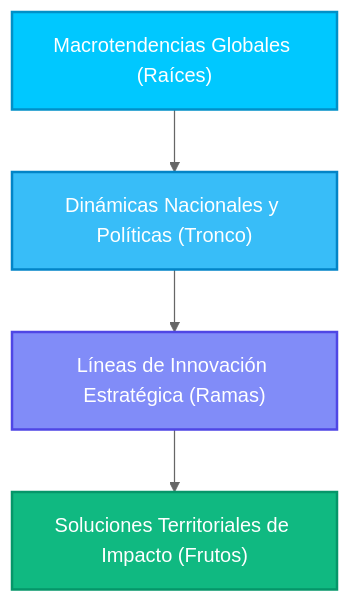
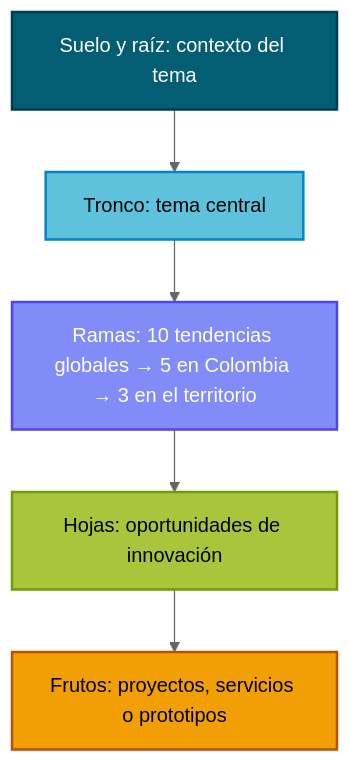
One commit to nataliaperez-del/laboratorio-digital-innovacion changed the first of 3 diagrams in DOCUMENTO_MAESTRO_CONSOLIDADO.md. Above: the diagram before and after it, drawn with Mermaid (neutral theme). The commit also changed other lines of this file and 2 other files, not shown here.

````diff
--- a/DOCUMENTO_MAESTRO_CONSOLIDADO.md
+++ b/DOCUMENTO_MAESTRO_CONSOLIDADO.md
@@ -86,10 +127,12 @@
 ```mermaid
 graph TD
-    A["Macrotendencias Globales (Raíces)"] --> B["Dinámicas Nacionales y Políticas (Tronco)"]
-    B --> C["Líneas de Innovación Estratégica (Ramas)"]
-    C --> D["Soluciones Territoriales de Impacto (Frutos)"]
-    style A fill:#00C8FF,stroke:#0090C8,stroke-width:2px,color:#fff
-    style B fill:#38BDF8,stroke:#0284C7,stroke-width:2px,color:#fff
+    A["Suelo y raíz: contexto del tema"] --> B["Tronco: tema central"]
+    B --> C["Ramas: 10 tendencias globales → 5 en Colombia → 3 en el territorio"]
+    C --> D["Hojas: oportunidades de innovación"]
+    D --> E["Frutos: proyectos, servicios o prototipos"]
+    style A fill:#035E73,stroke:#023F4D,stroke-width:2px,color:#fff
+    style B fill:#5EC2DD,stroke:#0284C7,stroke-width:2px,color:#000
     style C fill:#818CF8,stroke:#4F46E5,stroke-width:2px,color:#fff
-    style D fill:#10B981,stroke:#059669,stroke-width:2px,color:#fff
+    style D fill:#A8C63C,stroke:#7A9706,stroke-width:2px,color:#000
+    style E fill:#F29F05,stroke:#B45309,stroke-width:2px,color:#000
 ```
````
